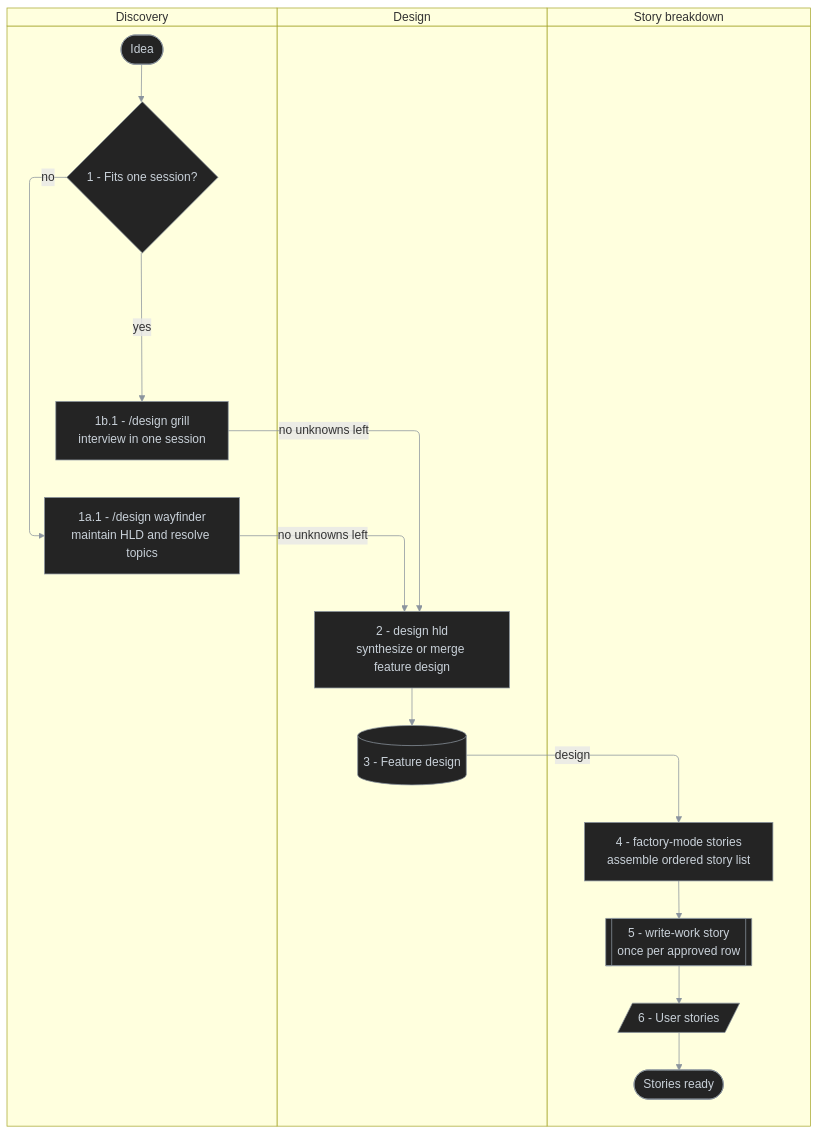
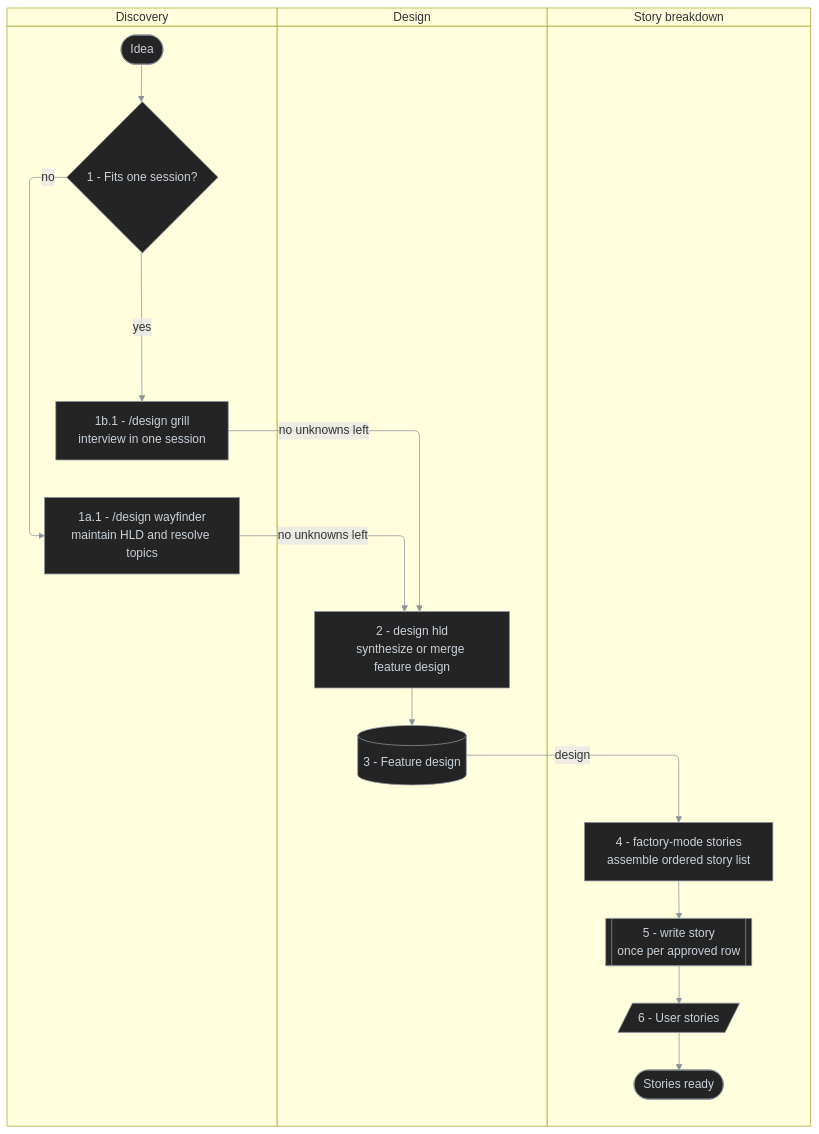
Before and after one commit to antshc/brain: the second of 4 diagrams in plugins/wf/README.md, drawn with Mermaid. The commit also changed other lines of this file and 21 other files, not shown here.

````diff
--- a/plugins/wf/README.md
+++ b/plugins/wf/README.md
@@ -77,33 +77,33 @@
 ```mermaid
 %%{init: {'themeVariables': {'lineColor': '#8b949e'}}}%%
 %% diagram-id: wf-design-to-stories-swimlane
 swimlane-beta TB
   accTitle: Design and story breakdown responsibility
   accDescr: Shows unknowns resolved by /design wayfinder or /design grill, a feature design synthesized by design hld, and the design broken down into User stories by the factory-mode Stories playbook.
 
   subgraph discovery [Discovery]
     idea([Idea])
     effortSize{1 - Fits one session?}
     wayfinder[1a.1 - /design wayfinder<br/>maintain HLD and resolve topics]
     grillDesign[1b.1 - /design grill<br/>interview in one session]
   end
 
   subgraph design [Design]
     toZdesign[2 - design hld<br/>synthesize or merge feature design]
     designDoc[(3 - Feature design)]
   end
 
   subgraph breakdown [Story breakdown]
     toStories[4 - factory-mode stories<br/>assemble ordered story list]
-    draftStory[[5 - write-work story<br/>once per approved row]]
+    draftStory[[5 - write story<br/>once per approved row]]
     stories[/6 - User stories/]
     done([Stories ready])
   end
 
   idea --> effortSize
   effortSize -->|no| wayfinder -->|no unknowns left| toZdesign
   effortSize -->|yes| grillDesign -->|no unknowns left| toZdesign
   toZdesign --> designDoc -->|design| toStories --> draftStory --> stories --> done
 
   classDef default fill:#242424,stroke:#8b949e,color:#c9d1d9,stroke-width:1px
 ```
````
